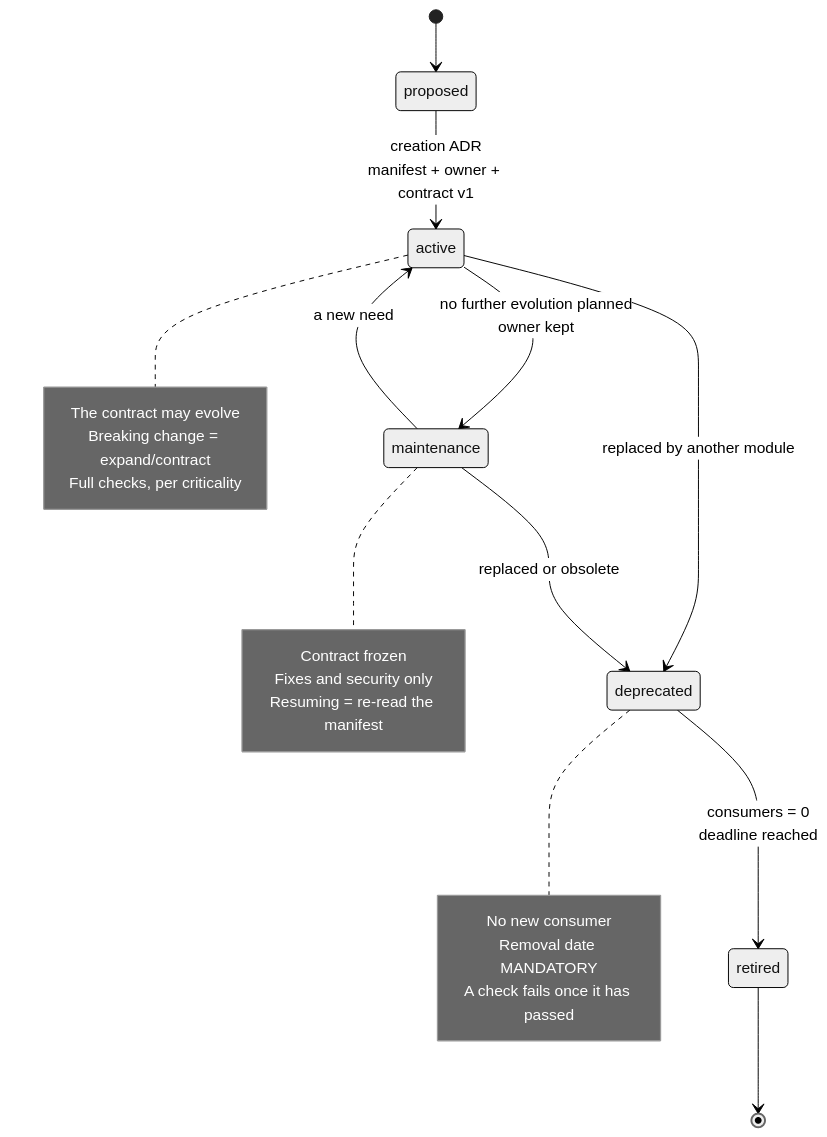
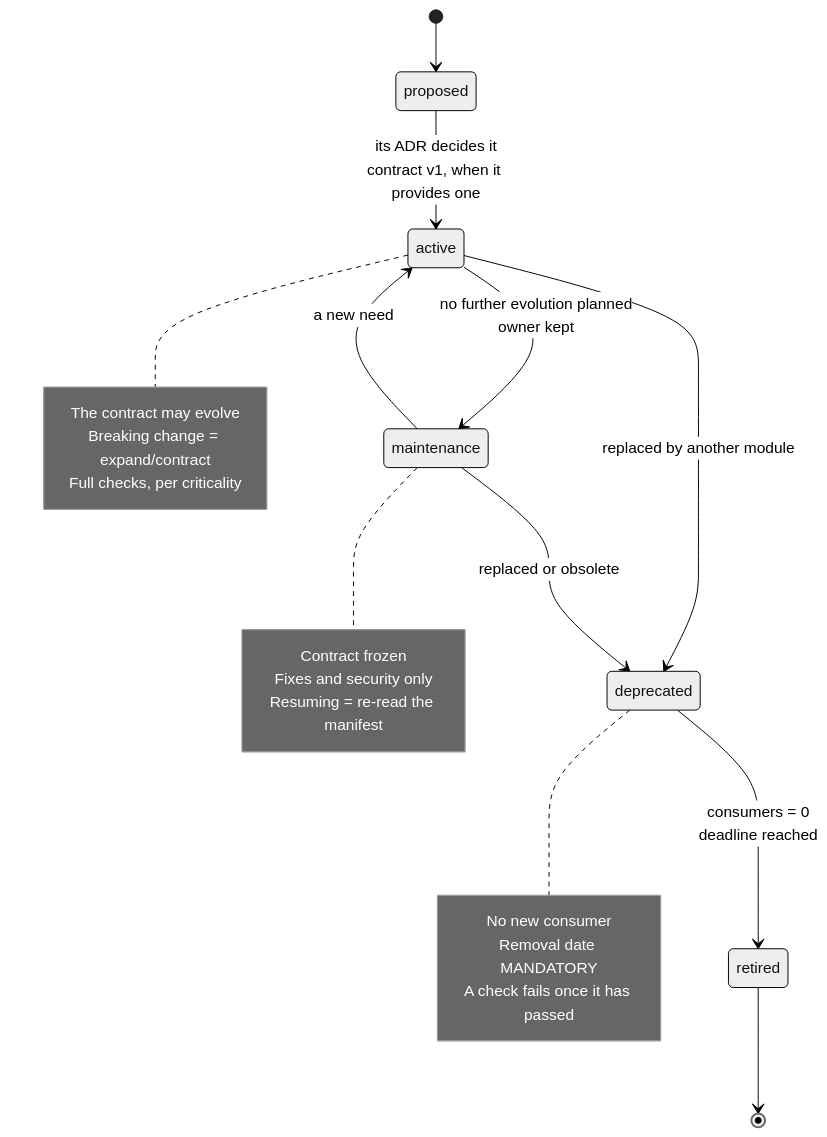
Before and after one commit to NapkinStack/engineering-os: the fourth of 5 diagrams in skeleton/.nstack/handbook/02-modules.md, drawn with Mermaid (neutral theme). The commit also changed other lines of this file and 1 other file, not shown here.

First line of the commit message:
D297 — the lifecycle's proposed → active is a decision, not a gate nothing holds (#553) (#554)

````diff
--- a/skeleton/.nstack/handbook/02-modules.md
+++ b/skeleton/.nstack/handbook/02-modules.md
@@ -220,32 +220,32 @@
 ```mermaid
 stateDiagram-v2
     [*] --> proposed
-    proposed --> active : creation ADR<br/>manifest + owner + contract v1
+    proposed --> active : its ADR decides it<br/>contract v1, when it provides one
 
     active --> maintenance : no further evolution planned<br/>owner kept
     maintenance --> active : a new need
 
     active --> deprecated : replaced by another module
     maintenance --> deprecated : replaced or obsolete
 
     deprecated --> retired : consumers = 0<br/>deadline reached
     retired --> [*]
 
     note right of active
         The contract may evolve
         Breaking change = expand/contract
         Full checks, per criticality
     end note
 
     note right of maintenance
         Contract frozen
         Fixes and security only
         Resuming = re-read the manifest
     end note
 
     note right of deprecated
         No new consumer
         Removal date MANDATORY
         A check fails once it has passed
     end note
 ```
````
